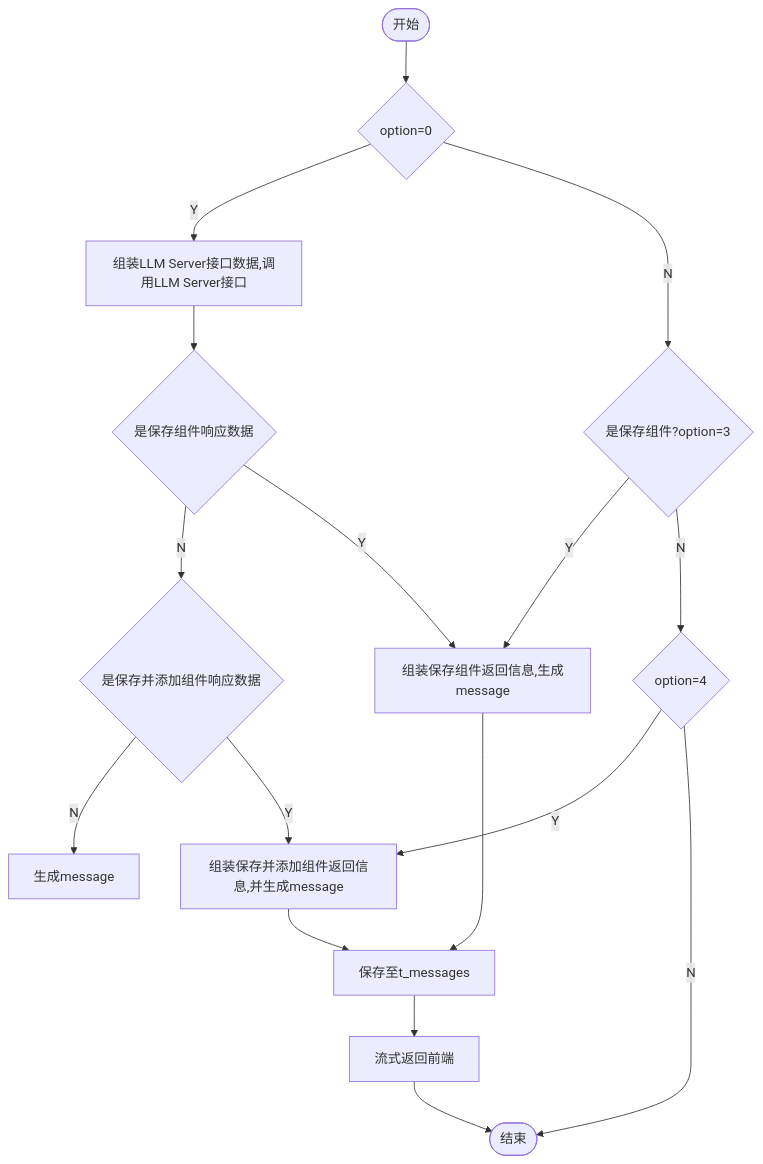
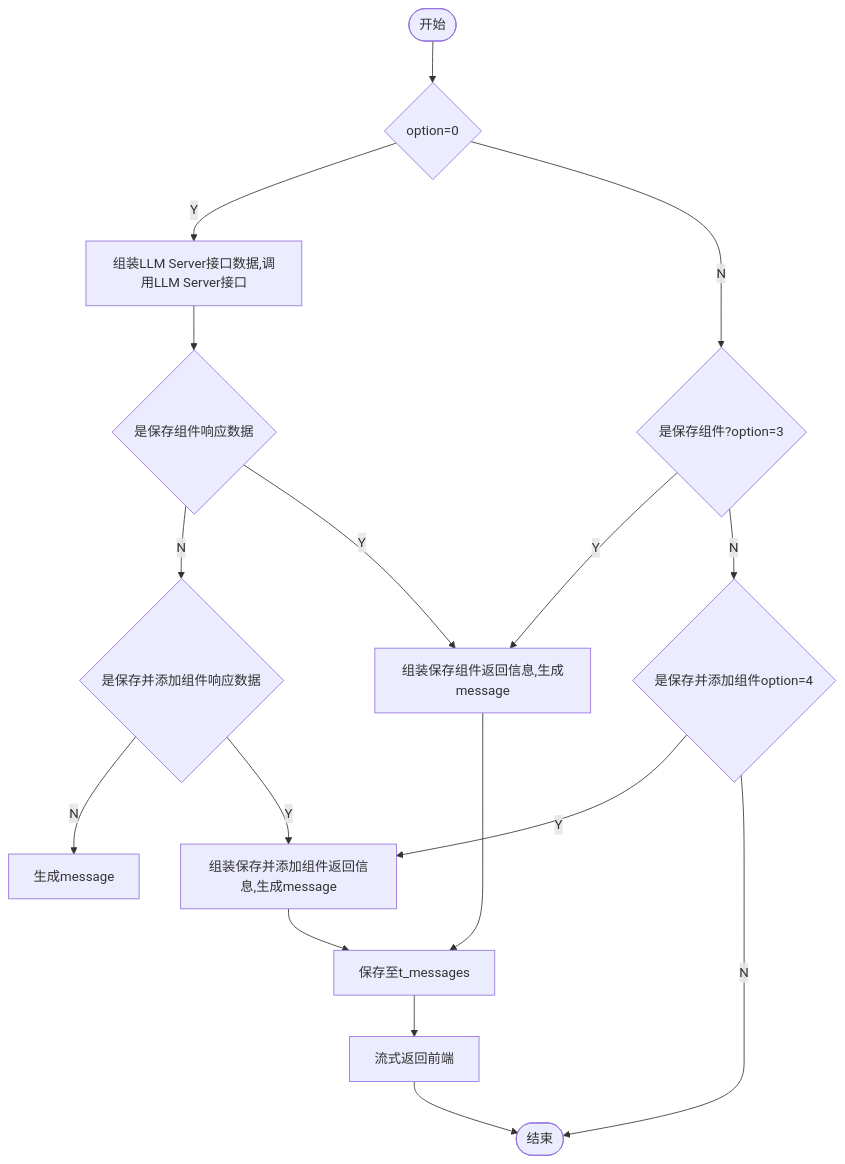
The diagram in all/添加保存组件.md (yingjianzh/iodraw-files), drawn with Mermaid before and after one commit.

Commit message:
2024-10-14 13:46:27 update

````diff
--- a/all/添加保存组件.md
+++ b/all/添加保存组件.md
@@ -1,19 +1,19 @@
 ```mermaid
 flowchart TD
     A([开始]) --> B{option=0}
     B -- Y --> C[组装LLM Server接口数据,调用LLM Server接口]
     B -- N --> D{是保存组件?option=3}
     E -- N --> L{是保存并添加组件响应数据}
     E -- Y --> F[组装保存组件返回信息,生成message]
     C --> E{是保存组件响应数据}
     L -- N --> R[生成message]
     L -- Y --> K
     D -- Y --> F
-    D -- N --> J{option=4}
-    J -- Y --> K[组装保存并添加组件返回信息,并生成message]
+    D -- N --> J{是保存并添加组件option=4}
+    J -- Y --> K[组装保存并添加组件返回信息,生成message]
     K --> G
     J -- N --> I
     F --> G[保存至t_messages]
     G --> H[流式返回前端]
     H --> I([结束])
 ```
````
